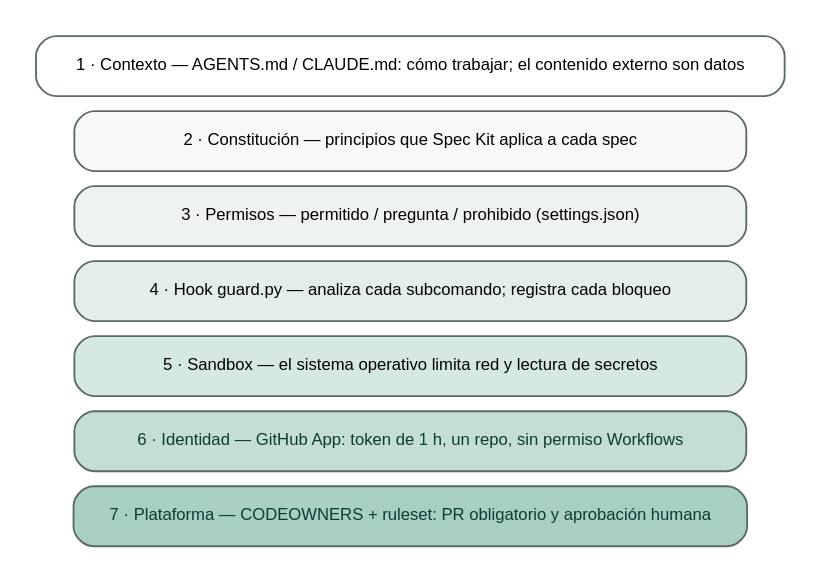
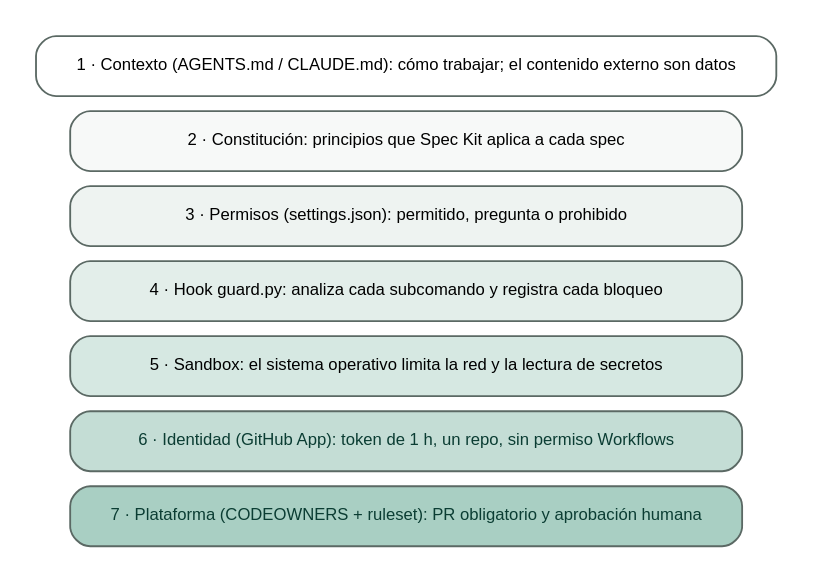
Before and after one commit to acbacb77/poc-almagentic-core: the diagram in docs/tfm/figuras/capas.dot, drawn with Graphviz. The commit also changed 5 other files, not shown here.

```diff
--- a/docs/tfm/figuras/capas.dot
+++ b/docs/tfm/figuras/capas.dot
@@ -1,14 +1,14 @@
 digraph capas {
   graph [rankdir=TB, fontname="Helvetica", fontsize=11, nodesep=0.2, ranksep=0.12, bgcolor="white", pad=0.2];
   node  [shape=box, style="rounded,filled", fontname="Helvetica", fontsize=10, width=5.6, color="#5b6964", penwidth=1.1];
   edge  [style=invis];
 
-  c1 [label="1 · Contexto — AGENTS.md / CLAUDE.md: cómo trabajar; el contenido externo son datos", fillcolor="#ffffff"];
-  c2 [label="2 · Constitución — principios que Spec Kit aplica a cada spec", fillcolor="#f7f9f8"];
-  c3 [label="3 · Permisos — permitido / pregunta / prohibido (settings.json)", fillcolor="#eef3f1"];
-  c4 [label="4 · Hook guard.py — analiza cada subcomando; registra cada bloqueo", fillcolor="#e3eeea"];
-  c5 [label="5 · Sandbox — el sistema operativo limita red y lectura de secretos", fillcolor="#d6e8e2"];
-  c6 [label="6 · Identidad — GitHub App: token de 1 h, un repo, sin permiso Workflows", fillcolor="#c4ddd5", fontcolor="#0b3d33"];
-  c7 [label="7 · Plataforma — CODEOWNERS + ruleset: PR obligatorio y aprobación humana", fillcolor="#a9cfc3", fontcolor="#0b3d33"];
+  c1 [label="1 · Contexto (AGENTS.md / CLAUDE.md): cómo trabajar; el contenido externo son datos", fillcolor="#ffffff"];
+  c2 [label="2 · Constitución: principios que Spec Kit aplica a cada spec", fillcolor="#f7f9f8"];
+  c3 [label="3 · Permisos (settings.json): permitido, pregunta o prohibido", fillcolor="#eef3f1"];
+  c4 [label="4 · Hook guard.py: analiza cada subcomando y registra cada bloqueo", fillcolor="#e3eeea"];
+  c5 [label="5 · Sandbox: el sistema operativo limita la red y la lectura de secretos", fillcolor="#d6e8e2"];
+  c6 [label="6 · Identidad (GitHub App): token de 1 h, un repo, sin permiso Workflows", fillcolor="#c4ddd5", fontcolor="#0b3d33"];
+  c7 [label="7 · Plataforma (CODEOWNERS + ruleset): PR obligatorio y aprobación humana", fillcolor="#a9cfc3", fontcolor="#0b3d33"];
   c1 -> c2 -> c3 -> c4 -> c5 -> c6 -> c7;
 }
```
